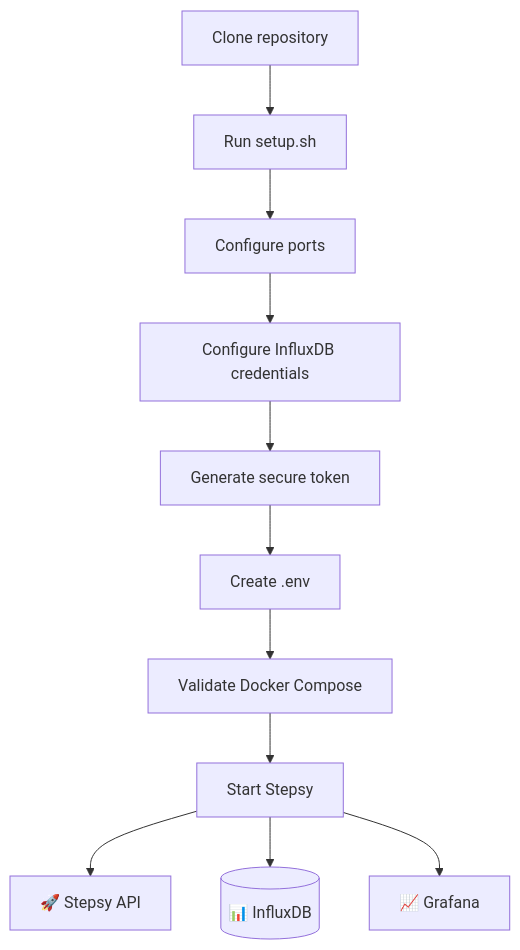
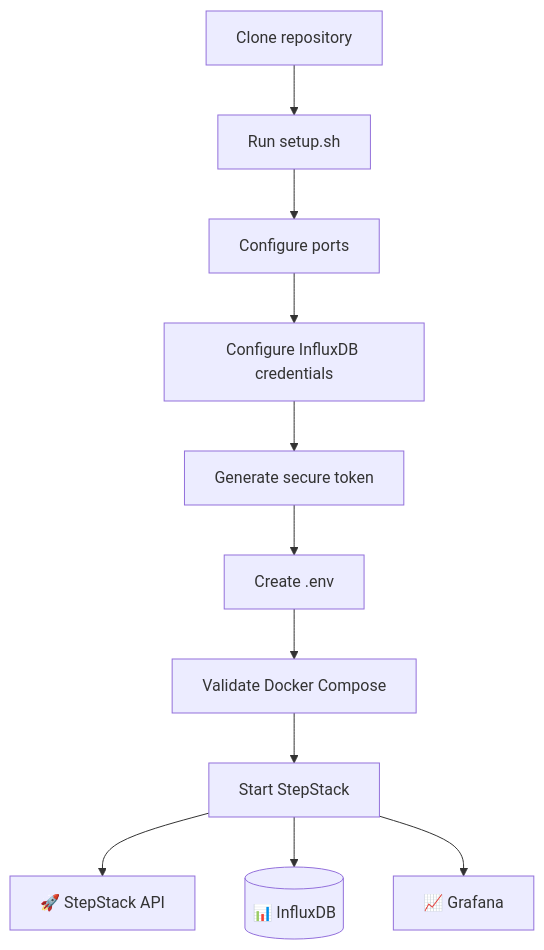
The second of 5 diagrams in README.md (nikoswu/StepStack), drawn with Mermaid before and after one commit. The commit also changed other lines of this file and 16 other files, not shown here.

Commit message:
Rename project from Stepsy to StepStack

````diff
--- a/README.md
+++ b/README.md
@@ -80,14 +80,14 @@
 ```mermaid
 flowchart TD
     A[Clone repository] --> B[Run setup.sh]
     B --> C[Configure ports]
     C --> D[Configure InfluxDB credentials]
     D --> E[Generate secure token]
     E --> F[Create .env]
     F --> G[Validate Docker Compose]
-    G --> H[Start Stepsy]
+    G --> H[Start StepStack]
 
-    H --> I[🚀 Stepsy API]
+    H --> I[🚀 StepStack API]
     H --> J[(📊 InfluxDB)]
     H --> K[📈 Grafana]
 ```
````
